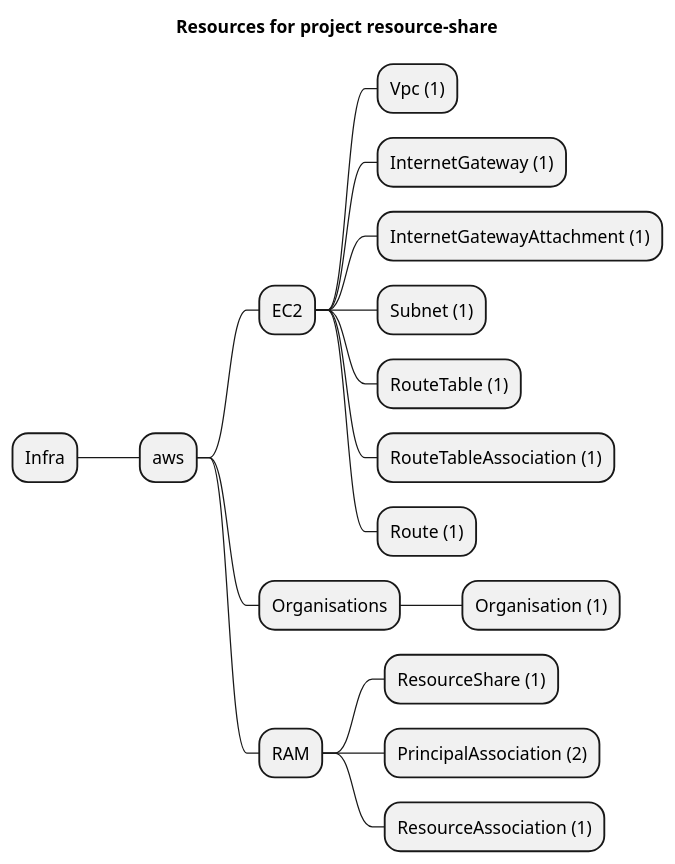
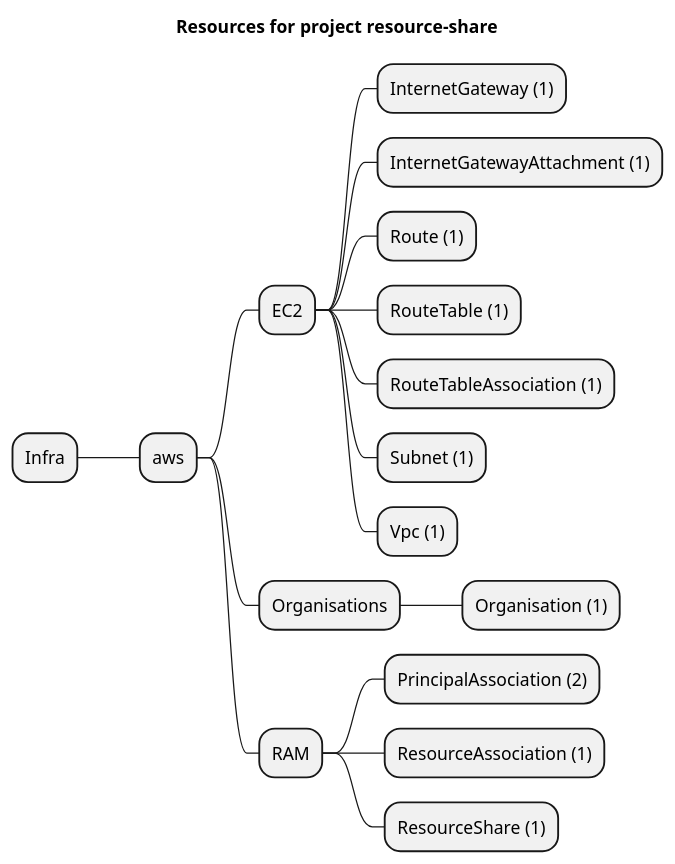
Before and after one commit to grucloud/grucloud: the diagram in examples/aws/RAM/resource-share/artifacts/resources-mindmap.puml, drawn with PlantUML. The commit also changed other lines of this file and 13 other files, not shown here.

```diff
--- a/examples/aws/RAM/resource-share/artifacts/resources-mindmap.puml
+++ b/examples/aws/RAM/resource-share/artifacts/resources-mindmap.puml
@@ -1,20 +1,20 @@
 @startmindmap
 title Resources for project resource-share
 skinparam monochrome true
 + Infra
 ++ aws
 +++ EC2
-++++ Vpc (1)
 ++++ InternetGateway (1)
 ++++ InternetGatewayAttachment (1)
-++++ Subnet (1)
+++++ Route (1)
 ++++ RouteTable (1)
 ++++ RouteTableAssociation (1)
-++++ Route (1)
+++++ Subnet (1)
+++++ Vpc (1)
 +++ Organisations
 ++++ Organisation (1)
 +++ RAM
-++++ ResourceShare (1)
 ++++ PrincipalAssociation (2)
 ++++ ResourceAssociation (1)
+++++ ResourceShare (1)
 @endmindmap
```
